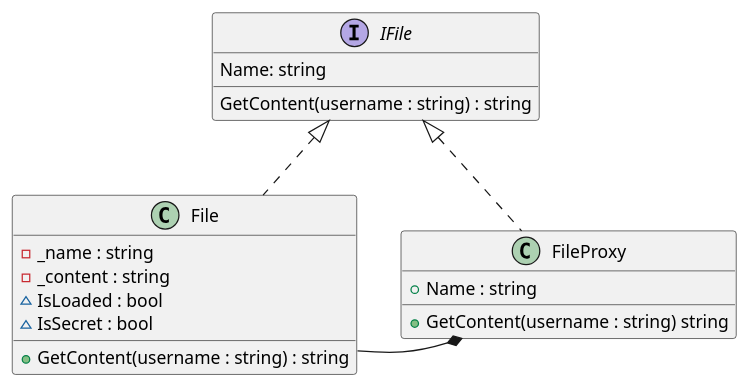
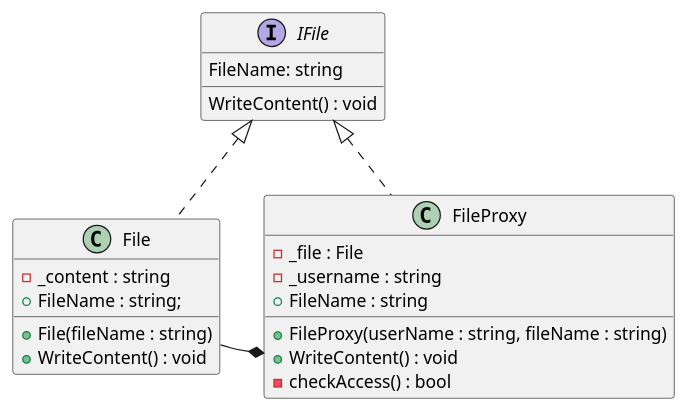
One commit to LorenzoDeBie/SoftwareOntwikkelingII changed the diagram in Reeks2/Bestandsbeheer/UML/Bestandsbeheer.puml. Above: the diagram before and after it, drawn with PlantUML. The commit also changed 11 other files, not shown here.

```diff
--- a/Reeks2/Bestandsbeheer/UML/Bestandsbeheer.puml
+++ b/Reeks2/Bestandsbeheer/UML/Bestandsbeheer.puml
@@ -1,30 +1,33 @@
 @startuml
 
 interface IFile {
-    Name: string
-    GetContent(username : string) : string
+    FileName: string
+    WriteContent() : void
 }
 
 together {
     class File {
-        - _name : string
         - _content : string
-        ~ IsLoaded : bool
-        ~ IsSecret : bool
-        + GetContent(username : string) : string
+        + FileName : string;
+        + File(fileName : string)
+        + WriteContent() : void
     }
     
     class FileProxy {
-        + Name : string
-        + GetContent(username : string) string
+        - _file : File
+        - _username : string
+        + FileName : string
+        + FileProxy(userName : string, fileName : string)
+        + WriteContent() : void
+        - checkAccess() : bool
     }
 }
 
 IFile <|.. File
 IFile <|.. FileProxy
 
 FileProxy *-- File
 
 File -[hidden]> FileProxy
 
 @enduml
```
